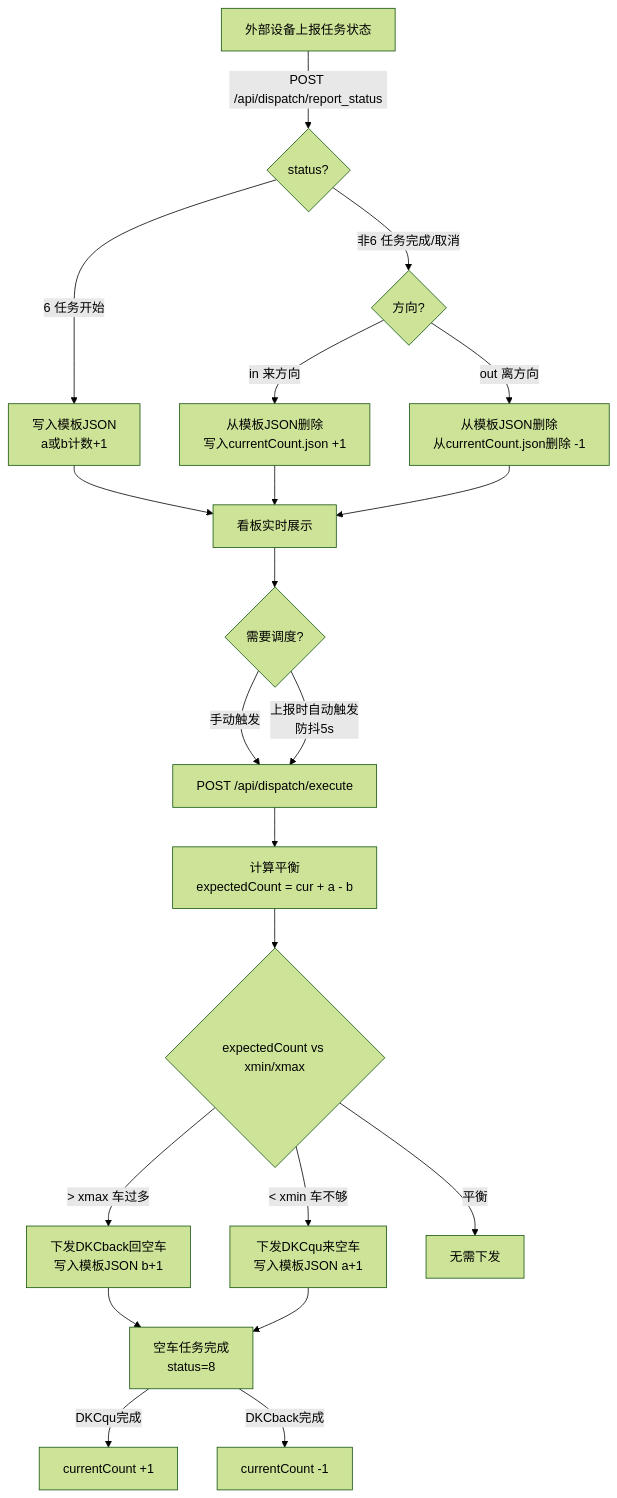
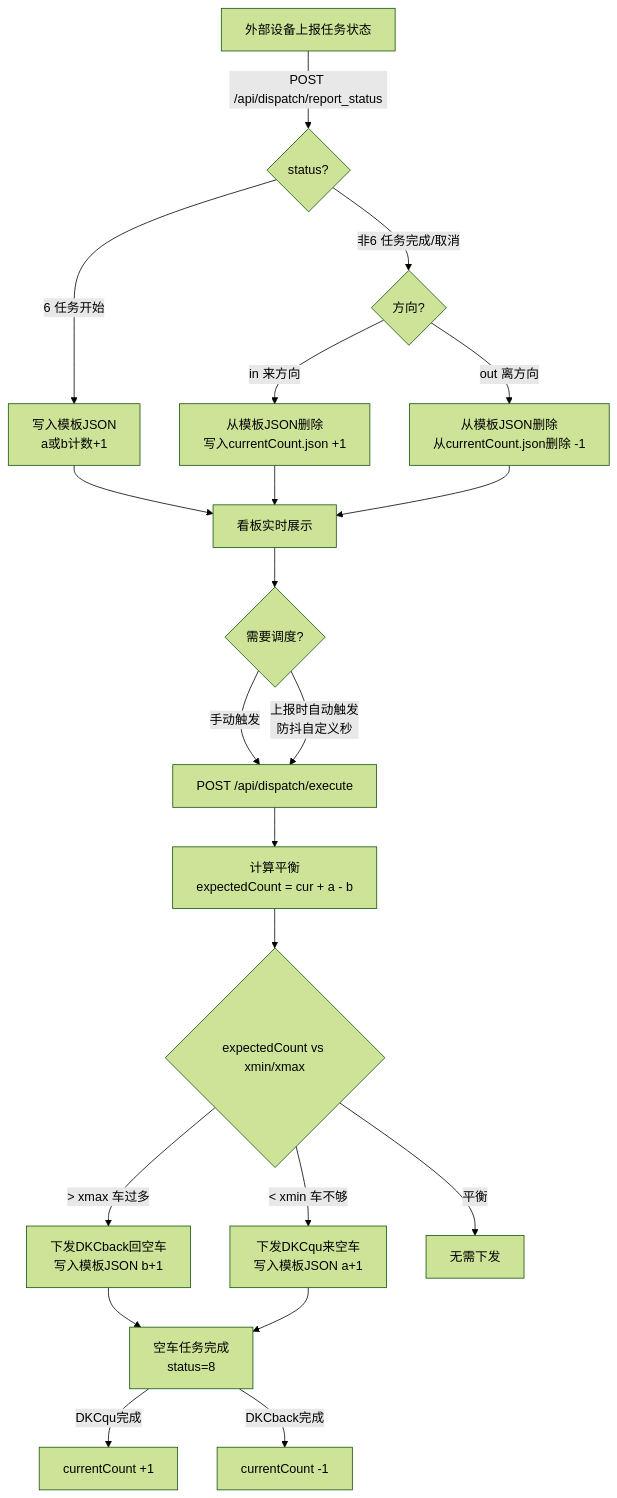
One commit to 1021143806/toolsForPersonal changed the first of 4 diagrams in projects/agv_system/app/cross_env_manager/templates/dispatch/readme.md. Above: the diagram before and after it, drawn with Mermaid (forest theme). The commit also changed other lines of this file, not shown here.

````diff
--- a/projects/agv_system/app/cross_env_manager/templates/dispatch/readme.md
+++ b/projects/agv_system/app/cross_env_manager/templates/dispatch/readme.md
@@ -196,23 +196,23 @@
 ```mermaid
 flowchart TD
     A[外部设备上报任务状态] -->|POST /api/dispatch/report_status| B{status?}
     B -->|6 任务开始| C[写入模板JSON<br/>a或b计数+1]
     B -->|非6 任务完成/取消| D{方向?}
     D -->|in 来方向| E[从模板JSON删除<br/>写入currentCount.json +1]
     D -->|out 离方向| F[从模板JSON删除<br/>从currentCount.json删除 -1]
     C --> G[看板实时展示]
     E --> G
     F --> G
     G --> H{需要调度?}
     H -->|手动触发| I[POST /api/dispatch/execute]
-    H -->|上报时自动触发<br/>防抖5s| I
+    H -->|上报时自动触发<br/>防抖自定义秒| I
     I --> J[计算平衡<br/>expectedCount = cur + a - b]
     J --> K{expectedCount vs xmin/xmax}
     K -->|> xmax 车过多| L[下发DKCback回空车<br/>写入模板JSON b+1]
     K -->|< xmin 车不够| M[下发DKCqu来空车<br/>写入模板JSON a+1]
     K -->|平衡| N[无需下发]
     L --> O[空车任务完成<br/>status=8]
     M --> O
     O -->|DKCqu完成| P[currentCount +1]
     O -->|DKCback完成| Q[currentCount -1]
 ```
````
